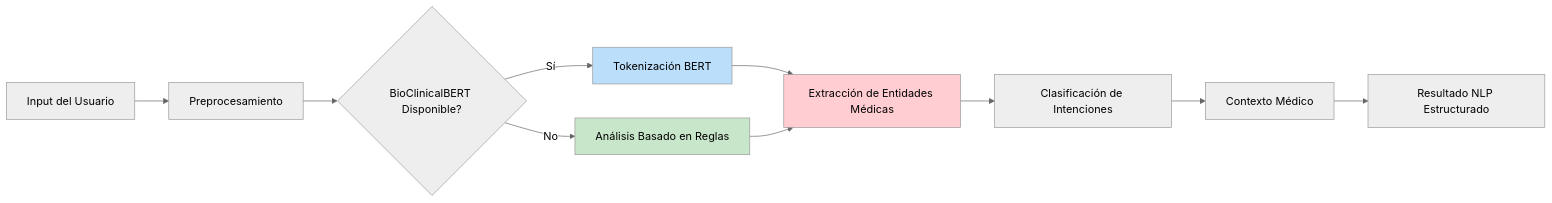
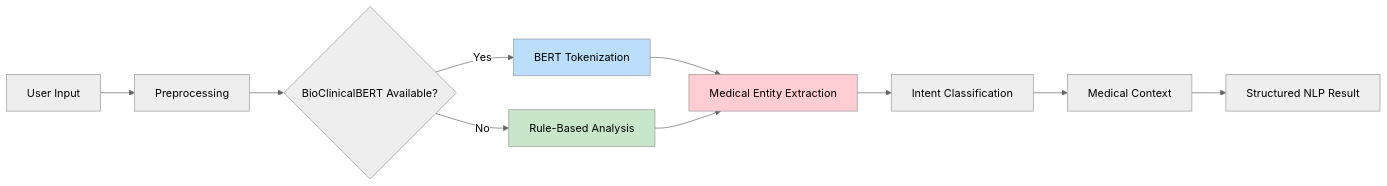
The second of 6 diagrams in CHATBOT_DESIGN_FLOW.md (horacefonseca/ped_ass_chatbot), drawn with Mermaid (neutral theme) before and after one commit. The commit also changed other lines of this file, not shown here.

````diff
--- a/CHATBOT_DESIGN_FLOW.md
+++ b/CHATBOT_DESIGN_FLOW.md
@@ -65,20 +65,20 @@
 ```mermaid
 flowchart LR
-    A[Input del Usuario] --> B[Preprocesamiento]
-    B --> C{BioClinicalBERT Disponible?}
+    A[User Input] --> B[Preprocessing]
+    B --> C{BioClinicalBERT Available?}
     
-    C -->|Sí| D[Tokenización BERT]
-    C -->|No| E[Análisis Basado en Reglas]
+    C -->|Yes| D[BERT Tokenization]
+    C -->|No| E[Rule-Based Analysis]
     
-    D --> F[Extracción de Entidades Médicas]
+    D --> F[Medical Entity Extraction]
     E --> F
     
-    F --> G[Clasificación de Intenciones]
-    G --> H[Contexto Médico]
+    F --> G[Intent Classification]
+    G --> H[Medical Context]
     
-    H --> I[Resultado NLP Estructurado]
+    H --> I[Structured NLP Result]
     
     style D fill:#bbdefb
     style E fill:#c8e6c9
     style F fill:#ffcdd2
 ```
````
